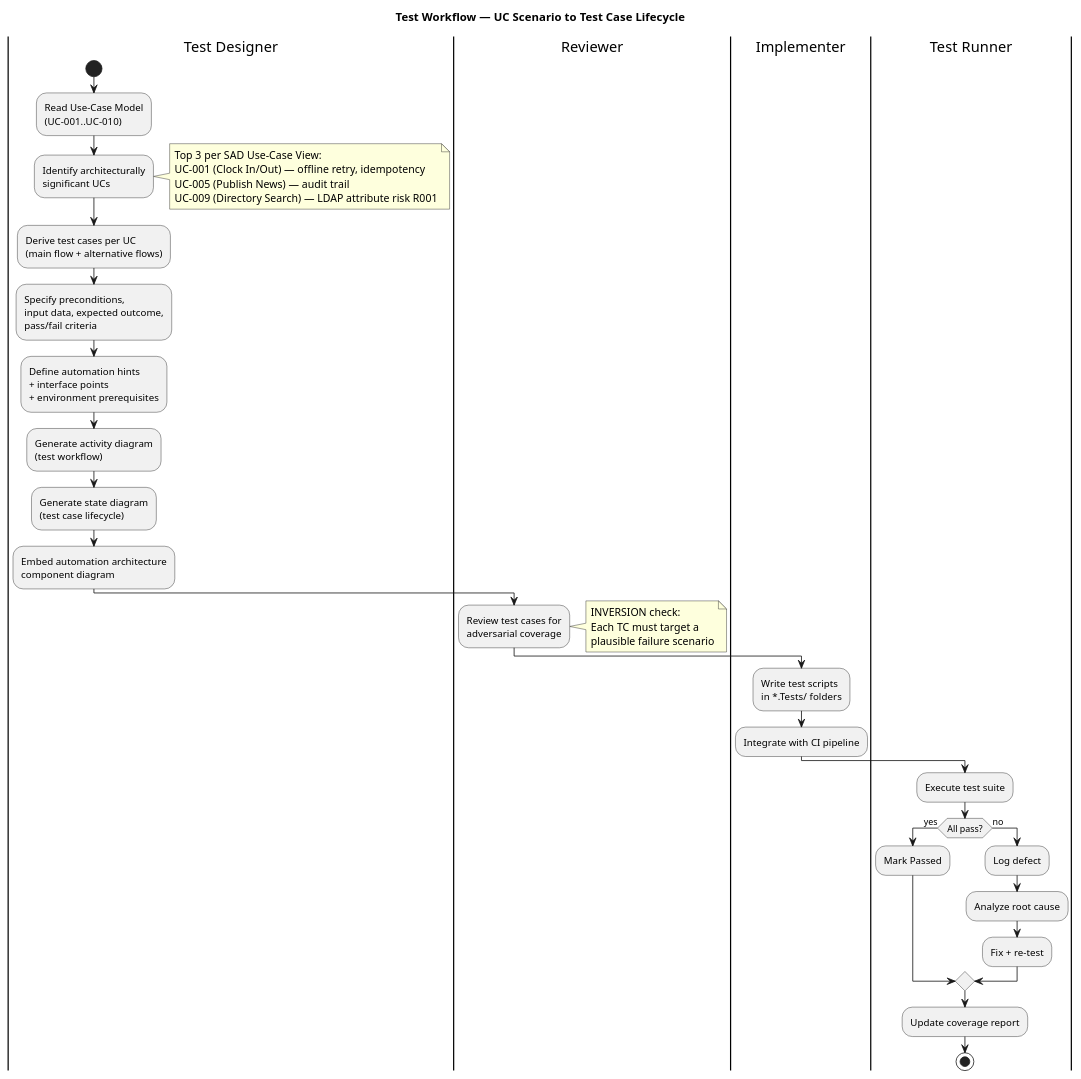
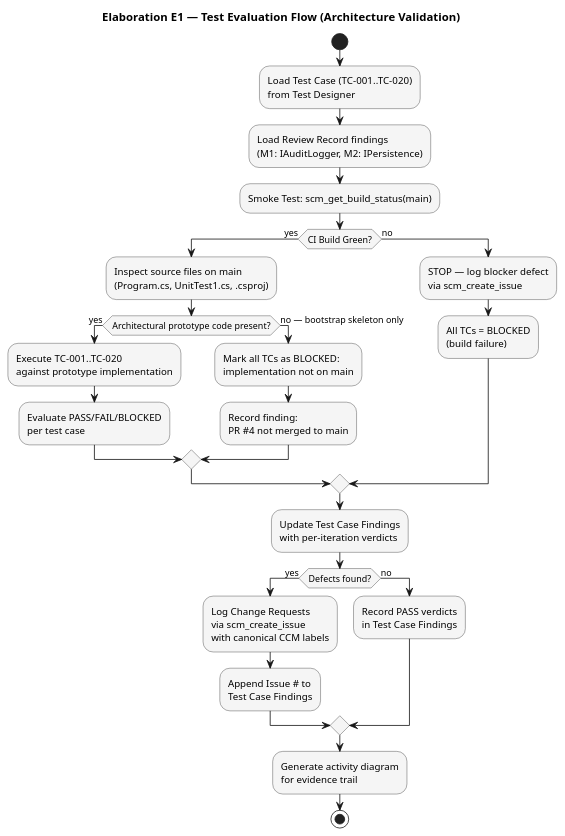
The first of 3 diagrams in docs/artifacts/test/test-case.md (banense-test/portal-cuba-corp), drawn with PlantUML before and after one commit. The commit also changed other lines of this file, not shown here.

First line of the commit message:
Tester [E1]: upsert Test Case

````diff
--- a/docs/artifacts/test/test-case.md
+++ b/docs/artifacts/test/test-case.md
@@ -218,52 +132,59 @@
 ```plantuml
 @startuml
-title Test Workflow — UC Scenario to Test Case Lifecycle
+title Elaboration E1 — Test Evaluation Flow (Architecture Validation)
 
-|Test Designer|
+skinparam activityBorderColor #333333
+skinparam activityBackgroundColor #F5F5F5
+
 start
-:Read Use-Case Model\n(UC-001..UC-010);
-:Identify architecturally\nsignificant UCs;
-note right
-  Top 3 per SAD Use-Case View:
-  UC-001 (Clock In/Out) — offline retry, idempotency
-  UC-005 (Publish News) — audit trail
-  UC-009 (Directory Search) — LDAP attribute risk R001
-end note
 
-:Derive test cases per UC\n(main flow + alternative flows);
-:Specify preconditions,\ninput data, expected outcome,\npass/fail criteria;
-:Define automation hints\n+ interface points\n+ environment prerequisites;
-:Generate activity diagram\n(test workflow);
-:Generate state diagram\n(test case lifecycle);
-:Embed automation architecture\ncomponent diagram;
-|Test Designer|
+:Load Test Case (TC-001..TC-020)
+from Test Designer;
+:Load Review Record findings
+(M1: IAuditLogger, M2: IPersistence);
 
-|Reviewer|
-:Review test cases for\nadversarial coverage;
-note right
-  INVERSION check:
-  Each TC must target a
-  plausible failure scenario
-end note
-|Reviewer|
+:Smoke Test: scm_get_build_status(main);
 
-|Implementer|
-:Write test scripts\nin *.Tests/ folders;
-:Integrate with CI pipeline;
-|Implementer|
+if (CI Build Green?) then (yes)
+  :Inspect source files on main
+  (Program.cs, UnitTest1.cs, .csproj);
 
-|Test Runner|
-:Execute test suite;
-if (All pass?) then (yes)
-  :Mark Passed;
+  if (Architectural prototype code present?) then (yes)
+    :Execute TC-001..TC-020
+    against prototype implementation;
+    :Evaluate PASS/FAIL/BLOCKED
+    per test case;
+  else (no — bootstrap skeleton only)
+    :Mark all TCs as BLOCKED:
+    implementation not on main;
+    :Record finding:
+    PR #4 not merged to main;
+  endif
 else (no)
-  :Log defect;
-  :Analyze root cause;
-  :Fix + re-test;
+  :STOP — log blocker defect
+  via scm_create_issue;
+  :All TCs = BLOCKED
+  (build failure);
 endif
-:Update coverage report;
+
+:Update Test Case Findings
+with per-iteration verdicts;
+
+if (Defects found?) then (yes)
+  :Log Change Requests
+  via scm_create_issue
+  with canonical CCM labels;
+  :Append Issue # to
+  Test Case Findings;
+else (no)
+  :Record PASS verdicts
+  in Test Case Findings;
+endif
+
+:Generate activity diagram
+for evidence trail;
+
 stop
-|Test Runner|
 
 @enduml
 ```
````
